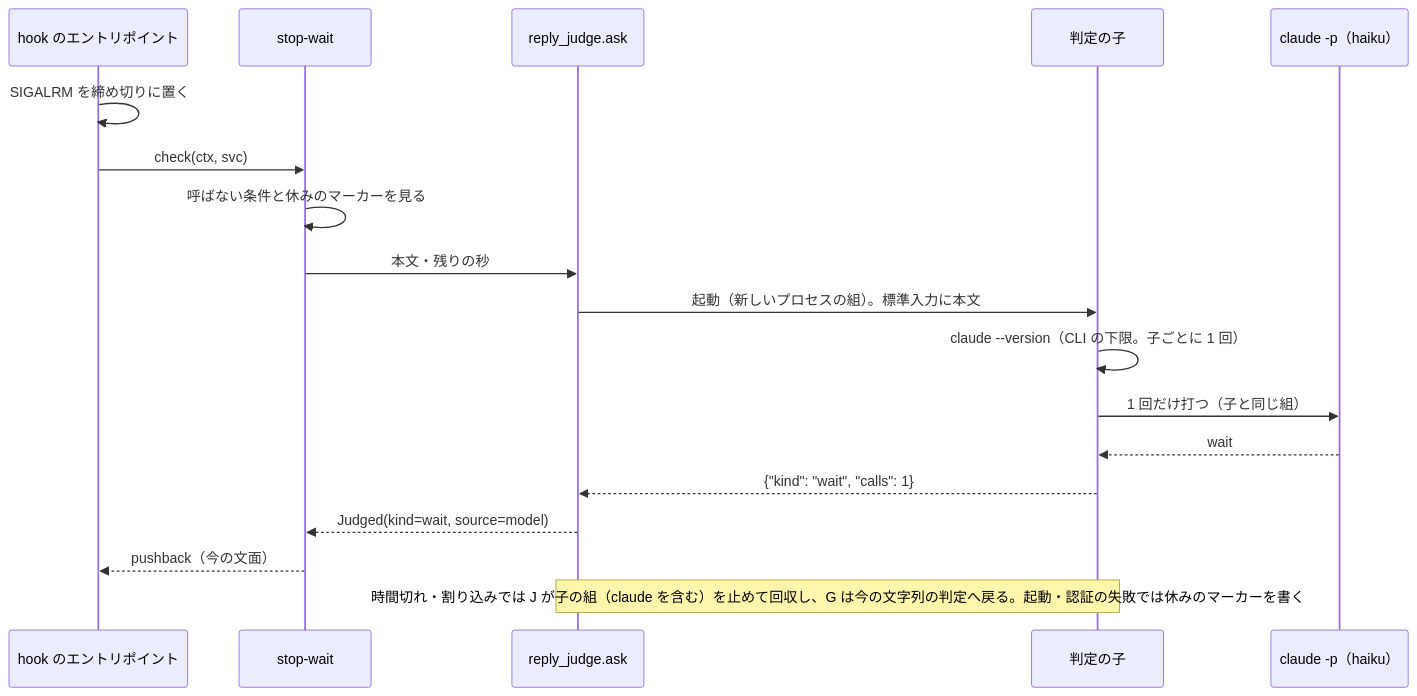
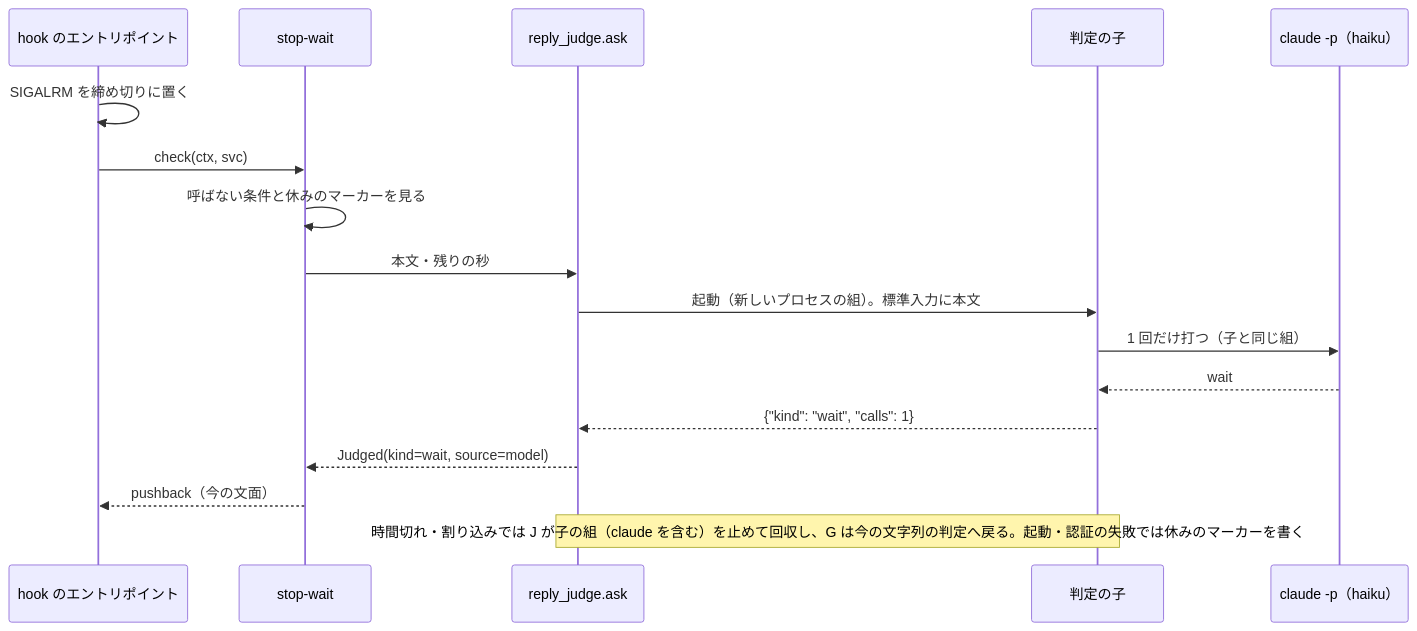
Before and after one commit to devbasex/ai-plugins: the third of 3 diagrams in issues/issue-4000-design.md, drawn with Mermaid. The commit also changed other lines of this file and 1 other file, not shown here.

First line of the commit message:
Docs: #4000 の設計を、判定の子が CLI の下限の確かめを打たない形へ直す（利用者の決定）

````diff
--- a/issues/issue-4000-design.md
+++ b/issues/issue-4000-design.md
@@ -89,20 +89,19 @@
 ```mermaid
 sequenceDiagram
   participant M as hook のエントリポイント
   participant G as stop-wait
   participant J as reply_judge.ask
   participant C as 判定の子
   participant L as claude -p（haiku）
   M->>M: SIGALRM を締め切りに置く
   M->>G: check(ctx, svc)
   G->>G: 呼ばない条件と休みのマーカーを見る
   G->>J: 本文・残りの秒
   J->>C: 起動（新しいプロセスの組）。標準入力に本文
-  C->>C: claude --version（CLI の下限。子ごとに 1 回）
   C->>L: 1 回だけ打つ（子と同じ組）
   L-->>C: wait
   C-->>J: {"kind": "wait", "calls": 1}
   J-->>G: Judged(kind=wait, source=model)
   G-->>M: pushback（今の文面）
   Note over J,C: 時間切れ・割り込みでは J が子の組（claude を含む）を止めて回収し、G は今の文字列の判定へ戻る。起動・認証の失敗では休みのマーカーを書く
 ```
````
